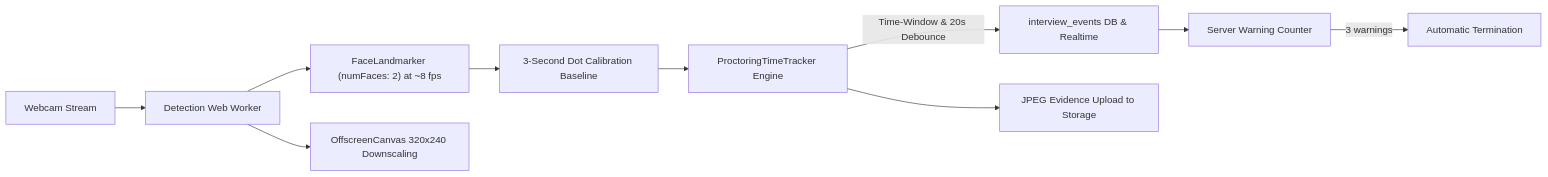
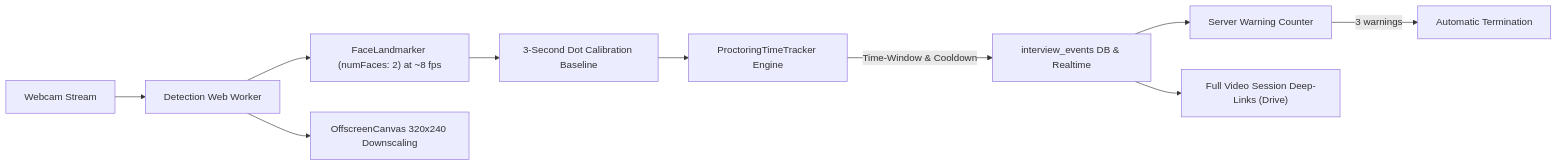
The second of 2 diagrams in wiki/pages/mock-interview-module.md (Creolestudios/creole-knowledge-portal), drawn with Mermaid before and after one commit. The commit also changed other lines of this file and 5 other files, not shown here.

Commit message:
feat(ai-interview): remove proctoring snapshot storage in favor of full session video recording

````diff
--- a/wiki/pages/mock-interview-module.md
+++ b/wiki/pages/mock-interview-module.md
@@ -248,12 +248,12 @@
 ```mermaid
 flowchart LR
   cam[Webcam Stream] --> worker[Detection Web Worker]
   worker --> face["FaceLandmarker (numFaces: 2) at ~8 fps"]
   worker --> canvas["OffscreenCanvas 320x240 Downscaling"]
   face --> calib["3-Second Dot Calibration Baseline"]
   calib --> tracker["ProctoringTimeTracker Engine"]
-  tracker -->|Time-Window & 20s Debounce| events["interview_events DB & Realtime"]
+  tracker -->|Time-Window & Cooldown| events["interview_events DB & Realtime"]
   events --> counter[Server Warning Counter]
   counter -->|"3 warnings"| terminate[Automatic Termination]
-  tracker --> snapshots["JPEG Evidence Upload to Storage"]
+  events --> video["Full Video Session Deep-Links (Drive)"]
 ```
````
